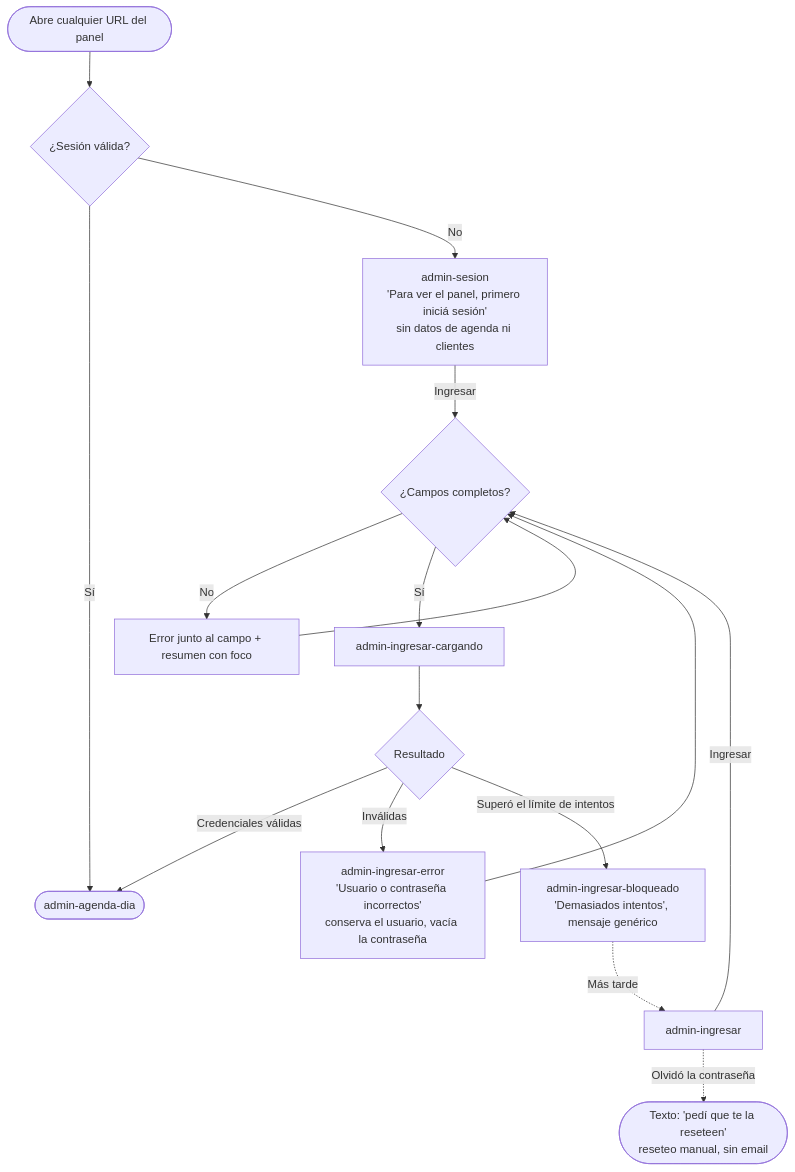
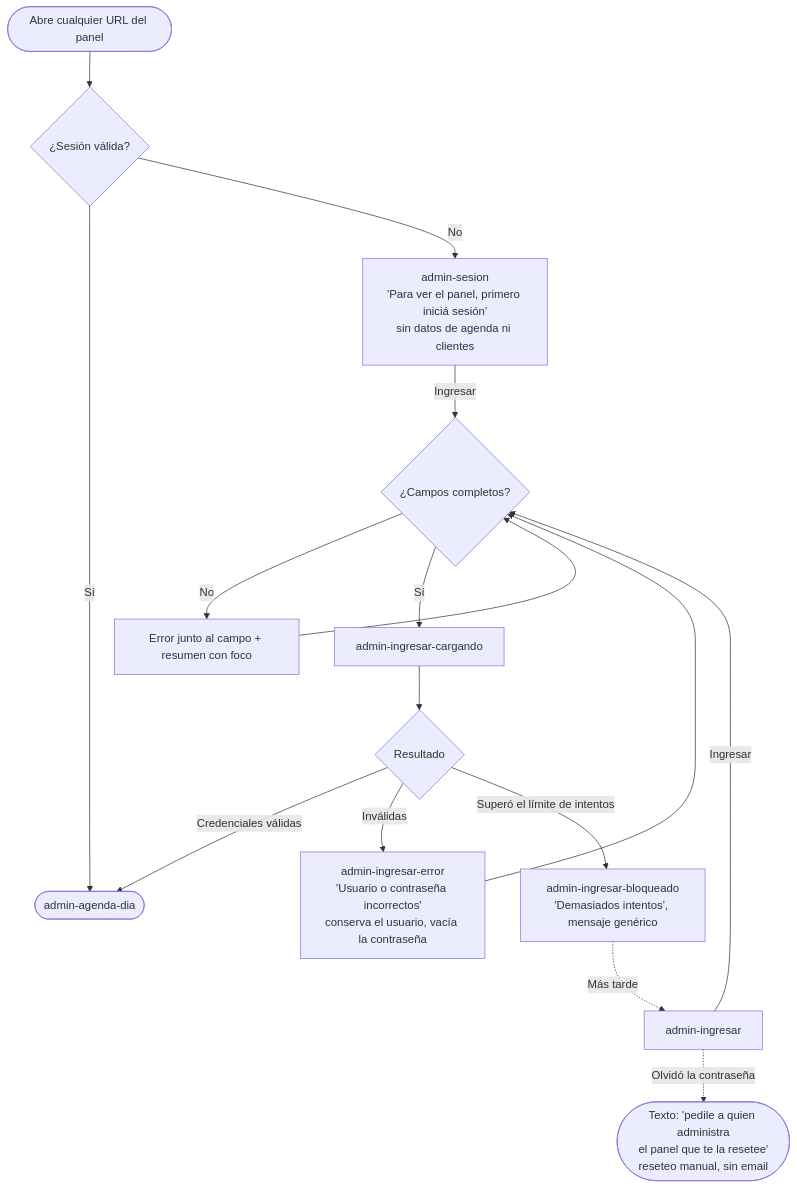
The seventh of 11 diagrams in initiatives/turnos-peluqueria-mvp/flows.md (gm2dev/coop-agents-design), drawn with Mermaid before and after one commit. The commit also changed 3 other files, not shown here.

````diff
--- a/initiatives/turnos-peluqueria-mvp/flows.md
+++ b/initiatives/turnos-peluqueria-mvp/flows.md
@@ -120,16 +120,16 @@
 ```mermaid
 flowchart TD
   any([Abre cualquier URL del panel]) --> auth{¿Sesión válida?}
   auth -->|Sí| agenda([admin-agenda-dia])
   auth -->|No| ses[admin-sesion<br/>'Para ver el panel, primero iniciá sesión'<br/>sin datos de agenda ni clientes]
   login[admin-ingresar] & ses -->|Ingresar| val{¿Campos completos?}
   val -->|No| fe[Error junto al campo + resumen con foco]
   fe --> val
   val -->|Sí| send[admin-ingresar-cargando] --> chk{Resultado}
   chk -->|Credenciales válidas| agenda
   chk -->|Inválidas| err[admin-ingresar-error<br/>'Usuario o contraseña incorrectos'<br/>conserva el usuario, vacía la contraseña]
   err --> val
   chk -->|Superó el límite de intentos| blk[admin-ingresar-bloqueado<br/>'Demasiados intentos', mensaje genérico]
   blk -.->|Más tarde| login
-  login -.->|Olvidó la contraseña| manual([Texto: 'pedí que te la reseteen'<br/>reseteo manual, sin email])
+  login -.->|Olvidó la contraseña| manual([Texto: 'pedile a quien administra<br/>el panel que te la resetee'<br/>reseteo manual, sin email])
 ```
````
